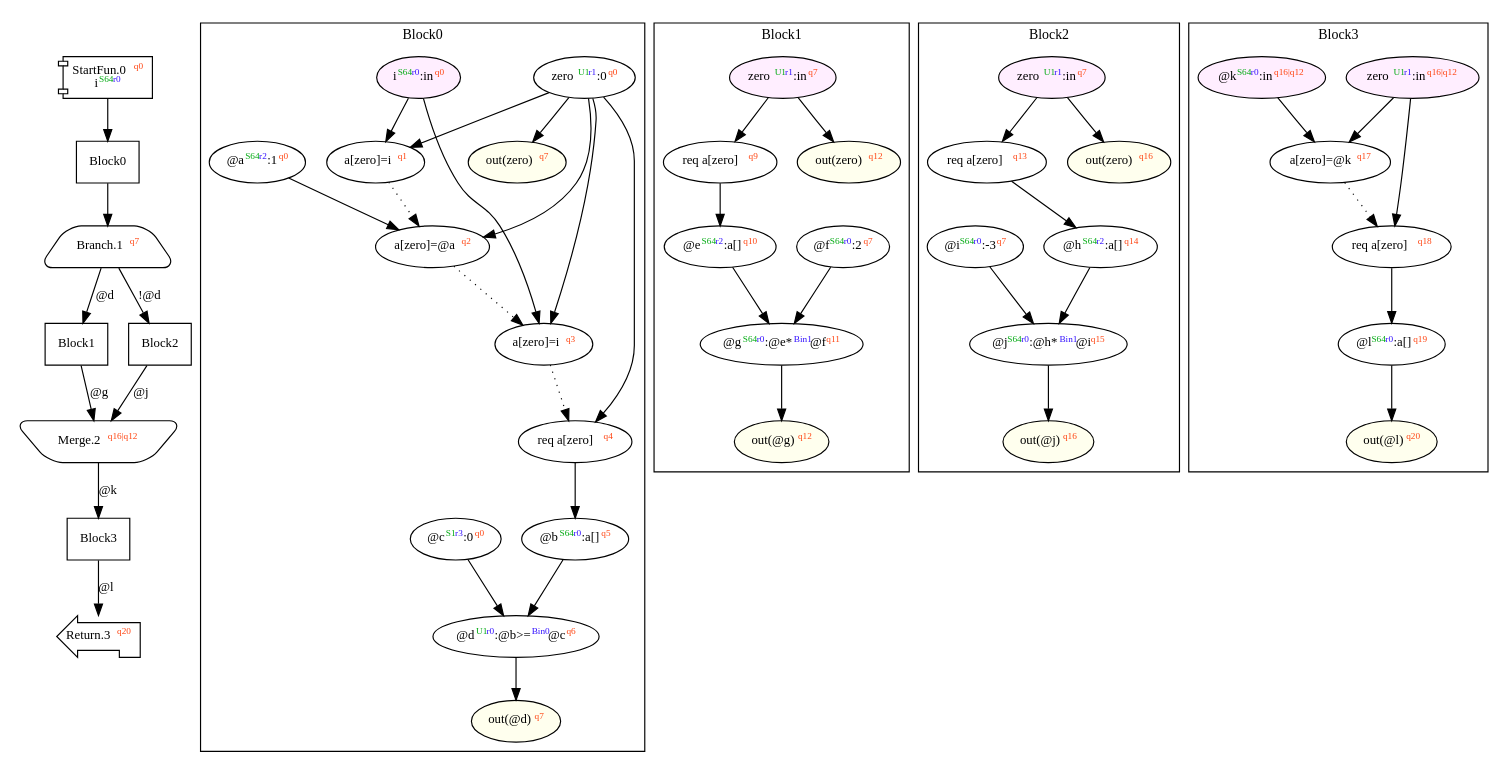
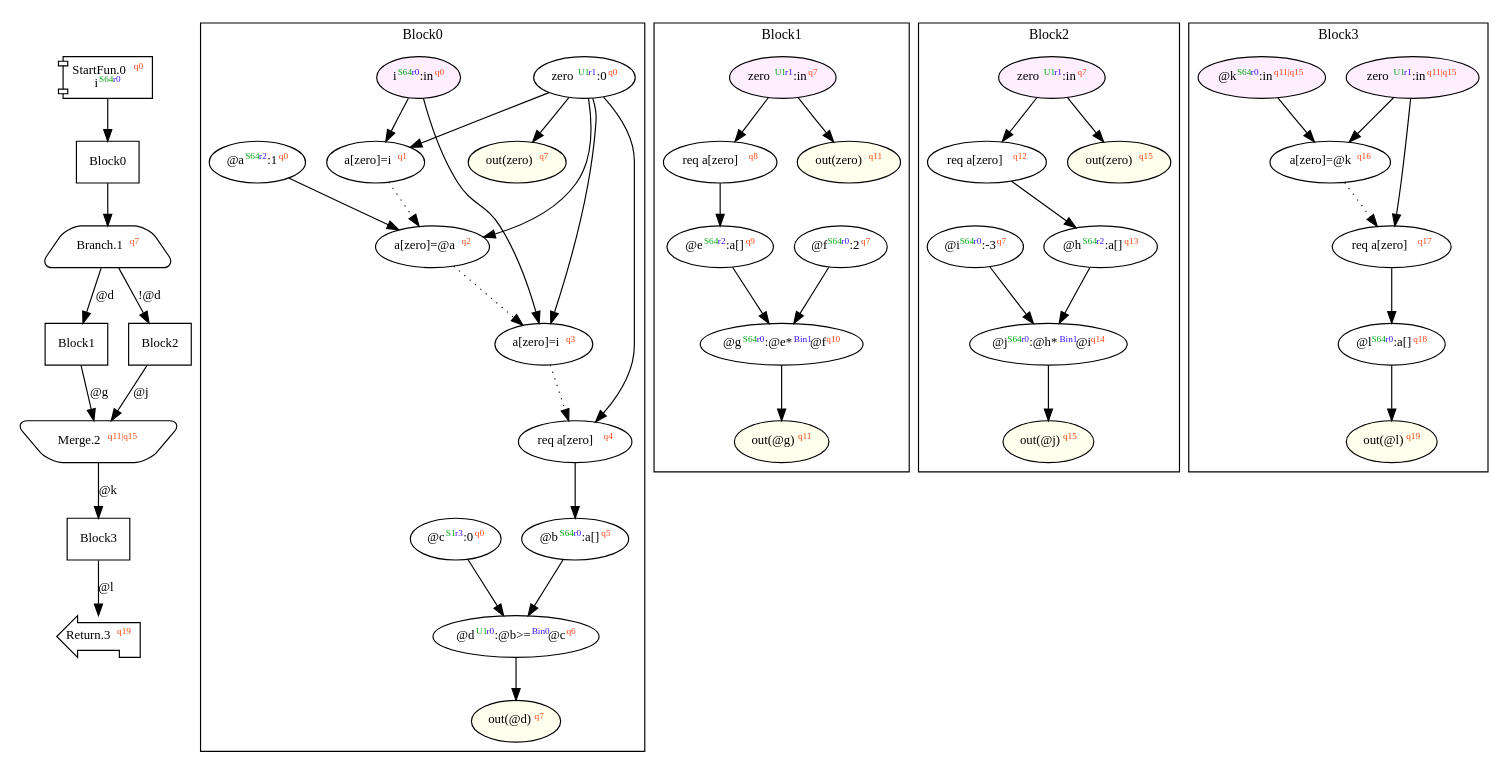
The diagram in dist/dependencyTest.dot (akouryy/SyntheScala), drawn with Graphviz before and after one commit. The commit also changed 30 other files, not shown here.

Commit message:
Fix Jump.Merge bug, etc.

```diff
--- a/dist/dependencyTest.dot
+++ b/dist/dependencyTest.dot
@@ -1,105 +1,105 @@
 digraph Program_ {
   graph [fontname = "Monaco", fontsize = 12, ranksep = 0.5];
   node [shape = box, fontname = "Monaco", fontsize = 11; colorscheme = pastel19];
   edge [fontname = "Monaco", fontsize = 11; colorscheme = pastel19];
   Jump0[label = <StartFun.0<font color="#ff4411" point-size="8"><sup>q0</sup></font><br/>i<font color="#00aa11" point-size="8"><sup>S64</sup></font><font color="#3311ff" point-size="8"><sup>r0</sup></font>>; shape = component];
   Jump0 -> Block0;
   Jump1[
     label = <Branch.1<font color="#ff4411" point-size="8"><sup>q7</sup></font>>;
     shape = trapezium; style = rounded;
   ];
   Block0 -> Jump1;
   Jump1 -> Block1 [label="@d"];
   Jump1 -> Block2 [label="!@d"];
-  Jump2[label = <Merge.2<font color="#ff4411" point-size="8"><sup>q16|q12</sup></font>>; shape = invtrapezium; style = rounded];
+  Jump2[label = <Merge.2<font color="#ff4411" point-size="8"><sup>q11|q15</sup></font>>; shape = invtrapezium; style = rounded];
   Block1 -> Jump2 [label="@g"];
   Block2 -> Jump2 [label="@j"];
   Jump2 -> Block3 [label="@k"];
-  Jump3[label = <Return.3<font color="#ff4411" point-size="8"><sup>q20</sup></font>>; shape = lpromoter];
+  Jump3[label = <Return.3<font color="#ff4411" point-size="8"><sup>q19</sup></font>>; shape = lpromoter];
   Block3 -> Jump3 [label="@l"];
   Block0 [label = "Block0"];
   Block1 [label = "Block1"];
   Block2 [label = "Block2"];
   Block3 [label = "Block3"];
   subgraph cluster_dfg_Block0 {
     node [shape = oval];
     label = "Block0";
     0 [label=<zero<font color="#00aa11" point-size="8"><sup>U1</sup></font><font color="#3311ff" point-size="8"><sup>r1</sup></font>:0<font color="#ff4411" point-size="8"><sup>q0</sup></font>>; ];
     5 [label=<req a[zero]<font color="#ff4411" point-size="8"><sup>q4</sup></font>>; ];
     29 [label=<i<font color="#00aa11" point-size="8"><sup>S64</sup></font><font color="#3311ff" point-size="8"><sup>r0</sup></font>:in<font color="#ff4411" point-size="8"><sup>q0</sup></font>>; style="filled"; fillcolor="#ffeeff";];
     1 [label=<a[zero]=i<font color="#ff4411" point-size="8"><sup>q1</sup></font>>; ];
     6 [label=<@b<font color="#00aa11" point-size="8"><sup>S64</sup></font><font color="#3311ff" point-size="8"><sup>r0</sup></font>:a[]<font color="#ff4411" point-size="8"><sup>q5</sup></font>>; ];
     2 [label=<@a<font color="#00aa11" point-size="8"><sup>S64</sup></font><font color="#3311ff" point-size="8"><sup>r2</sup></font>:1<font color="#ff4411" point-size="8"><sup>q0</sup></font>>; ];
     7 [label=<@c<font color="#00aa11" point-size="8"><sup>S1</sup></font><font color="#3311ff" point-size="8"><sup>r3</sup></font>:0<font color="#ff4411" point-size="8"><sup>q0</sup></font>>; ];
     3 [label=<a[zero]=@a<font color="#ff4411" point-size="8"><sup>q2</sup></font>>; ];
     31 [label=<out(@d)<font color="#ff4411" point-size="8"><sup>q7</sup></font>>; style="filled"; fillcolor="#ffffee";];
     8 [label=<@d<font color="#00aa11" point-size="8"><sup>U1</sup></font><font color="#3311ff" point-size="8"><sup>r0</sup></font>:@b&gt;=<font color="#3311ff" point-size="8"><sup>Bin0</sup></font>@c<font color="#ff4411" point-size="8"><sup>q6</sup></font>>; ];
     30 [label=<out(zero)<font color="#ff4411" point-size="8"><sup>q7</sup></font>>; style="filled"; fillcolor="#ffffee";];
     4 [label=<a[zero]=i<font color="#ff4411" point-size="8"><sup>q3</sup></font>>; ];
     0 -> 1;
     0 -> 3;
     0 -> 4;
     0 -> 5;
     0 -> 30;
     2 -> 3;
     6 -> 8;
     7 -> 8;
     8 -> 31;
     29 -> 1;
     29 -> 4;
     1 -> 3 [style = dotted];
     3 -> 4 [style = dotted];
     4 -> 5 [style = dotted];
     5 -> 6 [style = solid];
   }
   subgraph cluster_dfg_Block1 {
     node [shape = oval];
     label = "Block1";
-    10 [label=<@e<font color="#00aa11" point-size="8"><sup>S64</sup></font><font color="#3311ff" point-size="8"><sup>r2</sup></font>:a[]<font color="#ff4411" point-size="8"><sup>q10</sup></font>>; ];
-    9 [label=<req a[zero]<font color="#ff4411" point-size="8"><sup>q9</sup></font>>; ];
-    12 [label=<@g<font color="#00aa11" point-size="8"><sup>S64</sup></font><font color="#3311ff" point-size="8"><sup>r0</sup></font>:@e*<font color="#3311ff" point-size="8"><sup>Bin1</sup></font>@f<font color="#ff4411" point-size="8"><sup>q11</sup></font>>; ];
+    10 [label=<@e<font color="#00aa11" point-size="8"><sup>S64</sup></font><font color="#3311ff" point-size="8"><sup>r2</sup></font>:a[]<font color="#ff4411" point-size="8"><sup>q9</sup></font>>; ];
+    9 [label=<req a[zero]<font color="#ff4411" point-size="8"><sup>q8</sup></font>>; ];
+    12 [label=<@g<font color="#00aa11" point-size="8"><sup>S64</sup></font><font color="#3311ff" point-size="8"><sup>r0</sup></font>:@e*<font color="#3311ff" point-size="8"><sup>Bin1</sup></font>@f<font color="#ff4411" point-size="8"><sup>q10</sup></font>>; ];
     11 [label=<@f<font color="#00aa11" point-size="8"><sup>S64</sup></font><font color="#3311ff" point-size="8"><sup>r0</sup></font>:2<font color="#ff4411" point-size="8"><sup>q7</sup></font>>; ];
     23 [label=<zero<font color="#00aa11" point-size="8"><sup>U1</sup></font><font color="#3311ff" point-size="8"><sup>r1</sup></font>:in<font color="#ff4411" point-size="8"><sup>q7</sup></font>>; style="filled"; fillcolor="#ffeeff";];
-    24 [label=<out(zero)<font color="#ff4411" point-size="8"><sup>q12</sup></font>>; style="filled"; fillcolor="#ffffee";];
-    25 [label=<out(@g)<font color="#ff4411" point-size="8"><sup>q12</sup></font>>; style="filled"; fillcolor="#ffffee";];
+    24 [label=<out(zero)<font color="#ff4411" point-size="8"><sup>q11</sup></font>>; style="filled"; fillcolor="#ffffee";];
+    25 [label=<out(@g)<font color="#ff4411" point-size="8"><sup>q11</sup></font>>; style="filled"; fillcolor="#ffffee";];
     10 -> 12;
     11 -> 12;
     12 -> 25;
     23 -> 9;
     23 -> 24;
     9 -> 10 [style = solid];
   }
   subgraph cluster_dfg_Block2 {
     node [shape = oval];
     label = "Block2";
-    14 [label=<@h<font color="#00aa11" point-size="8"><sup>S64</sup></font><font color="#3311ff" point-size="8"><sup>r2</sup></font>:a[]<font color="#ff4411" point-size="8"><sup>q14</sup></font>>; ];
-    28 [label=<out(@j)<font color="#ff4411" point-size="8"><sup>q16</sup></font>>; style="filled"; fillcolor="#ffffee";];
-    13 [label=<req a[zero]<font color="#ff4411" point-size="8"><sup>q13</sup></font>>; ];
-    27 [label=<out(zero)<font color="#ff4411" point-size="8"><sup>q16</sup></font>>; style="filled"; fillcolor="#ffffee";];
-    16 [label=<@j<font color="#00aa11" point-size="8"><sup>S64</sup></font><font color="#3311ff" point-size="8"><sup>r0</sup></font>:@h*<font color="#3311ff" point-size="8"><sup>Bin1</sup></font>@i<font color="#ff4411" point-size="8"><sup>q15</sup></font>>; ];
+    14 [label=<@h<font color="#00aa11" point-size="8"><sup>S64</sup></font><font color="#3311ff" point-size="8"><sup>r2</sup></font>:a[]<font color="#ff4411" point-size="8"><sup>q13</sup></font>>; ];
+    28 [label=<out(@j)<font color="#ff4411" point-size="8"><sup>q15</sup></font>>; style="filled"; fillcolor="#ffffee";];
+    13 [label=<req a[zero]<font color="#ff4411" point-size="8"><sup>q12</sup></font>>; ];
+    27 [label=<out(zero)<font color="#ff4411" point-size="8"><sup>q15</sup></font>>; style="filled"; fillcolor="#ffffee";];
+    16 [label=<@j<font color="#00aa11" point-size="8"><sup>S64</sup></font><font color="#3311ff" point-size="8"><sup>r0</sup></font>:@h*<font color="#3311ff" point-size="8"><sup>Bin1</sup></font>@i<font color="#ff4411" point-size="8"><sup>q14</sup></font>>; ];
     26 [label=<zero<font color="#00aa11" point-size="8"><sup>U1</sup></font><font color="#3311ff" point-size="8"><sup>r1</sup></font>:in<font color="#ff4411" point-size="8"><sup>q7</sup></font>>; style="filled"; fillcolor="#ffeeff";];
     15 [label=<@i<font color="#00aa11" point-size="8"><sup>S64</sup></font><font color="#3311ff" point-size="8"><sup>r0</sup></font>:-3<font color="#ff4411" point-size="8"><sup>q7</sup></font>>; ];
     14 -> 16;
     15 -> 16;
     16 -> 28;
     26 -> 13;
     26 -> 27;
     13 -> 14 [style = solid];
   }
   subgraph cluster_dfg_Block3 {
     node [shape = oval];
     label = "Block3";
-    20 [label=<zero<font color="#00aa11" point-size="8"><sup>U1</sup></font><font color="#3311ff" point-size="8"><sup>r1</sup></font>:in<font color="#ff4411" point-size="8"><sup>q16|q12</sup></font>>; style="filled"; fillcolor="#ffeeff";];
-    21 [label=<@k<font color="#00aa11" point-size="8"><sup>S64</sup></font><font color="#3311ff" point-size="8"><sup>r0</sup></font>:in<font color="#ff4411" point-size="8"><sup>q16|q12</sup></font>>; style="filled"; fillcolor="#ffeeff";];
-    17 [label=<a[zero]=@k<font color="#ff4411" point-size="8"><sup>q17</sup></font>>; ];
-    22 [label=<out(@l)<font color="#ff4411" point-size="8"><sup>q20</sup></font>>; style="filled"; fillcolor="#ffffee";];
-    18 [label=<req a[zero]<font color="#ff4411" point-size="8"><sup>q18</sup></font>>; ];
-    19 [label=<@l<font color="#00aa11" point-size="8"><sup>S64</sup></font><font color="#3311ff" point-size="8"><sup>r0</sup></font>:a[]<font color="#ff4411" point-size="8"><sup>q19</sup></font>>; ];
+    20 [label=<zero<font color="#00aa11" point-size="8"><sup>U1</sup></font><font color="#3311ff" point-size="8"><sup>r1</sup></font>:in<font color="#ff4411" point-size="8"><sup>q11|q15</sup></font>>; style="filled"; fillcolor="#ffeeff";];
+    21 [label=<@k<font color="#00aa11" point-size="8"><sup>S64</sup></font><font color="#3311ff" point-size="8"><sup>r0</sup></font>:in<font color="#ff4411" point-size="8"><sup>q11|q15</sup></font>>; style="filled"; fillcolor="#ffeeff";];
+    17 [label=<a[zero]=@k<font color="#ff4411" point-size="8"><sup>q16</sup></font>>; ];
+    22 [label=<out(@l)<font color="#ff4411" point-size="8"><sup>q19</sup></font>>; style="filled"; fillcolor="#ffffee";];
+    18 [label=<req a[zero]<font color="#ff4411" point-size="8"><sup>q17</sup></font>>; ];
+    19 [label=<@l<font color="#00aa11" point-size="8"><sup>S64</sup></font><font color="#3311ff" point-size="8"><sup>r0</sup></font>:a[]<font color="#ff4411" point-size="8"><sup>q18</sup></font>>; ];
     19 -> 22;
     20 -> 17;
     20 -> 18;
     21 -> 17;
     17 -> 18 [style = dotted];
     18 -> 19 [style = solid];
   }
 }
```
